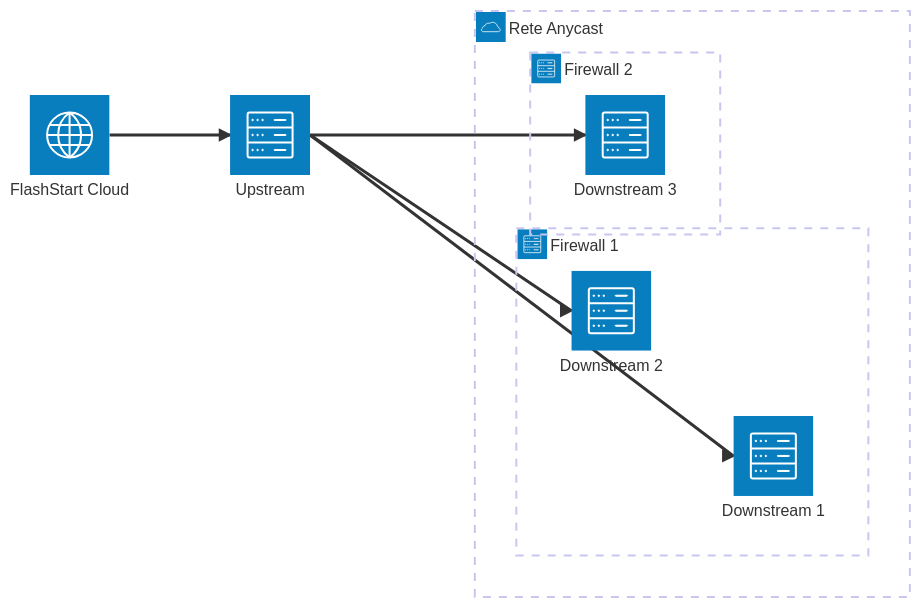
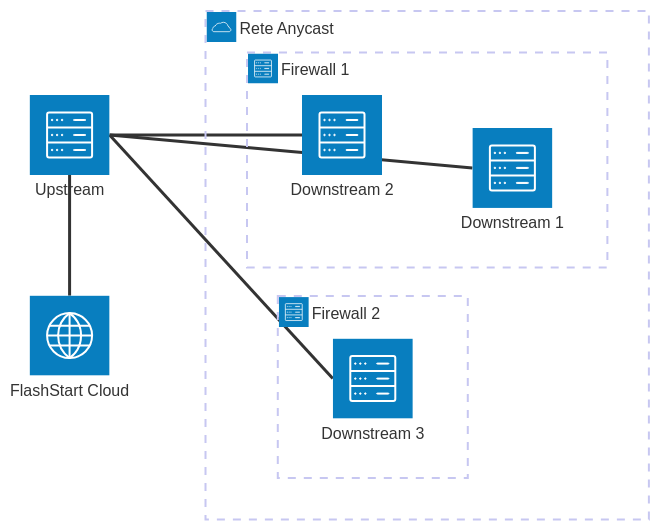
The diagram in figures/legacy-architecture.mmd (delpiter/bachelor-thesis), drawn with Mermaid before and after one commit. The commit also changed 4 other files, not shown here.

Commit message:
feat(listings)ç updated listings added json to listings languages and modified legacy-architecture graph

```diff
--- a/figures/legacy-architecture.mmd
+++ b/figures/legacy-architecture.mmd
@@ -1,15 +1,15 @@
 architecture-beta
     group cloud(cloud)[Rete Anycast]
     group fw1(server)[Firewall 1] in cloud
     group fw2(server)[Firewall 2] in cloud
 
     service server(server)[Upstream]
     service fscloud(internet)[FlashStart Cloud]
     service ds1(server)[Downstream 1] in fw1
     service ds2(server)[Downstream 2] in fw1
     service ds3(server)[Downstream 3] in fw2
 
-    fscloud:R --> L:server
-    server:R --> L:ds2
-    server:R --> L:ds1
-    server:R --> L:ds3
+    fscloud:T -- B:server
+    server:R -- L:ds1
+    server:R -- L:ds3
+    server:R -- L:ds2
```
